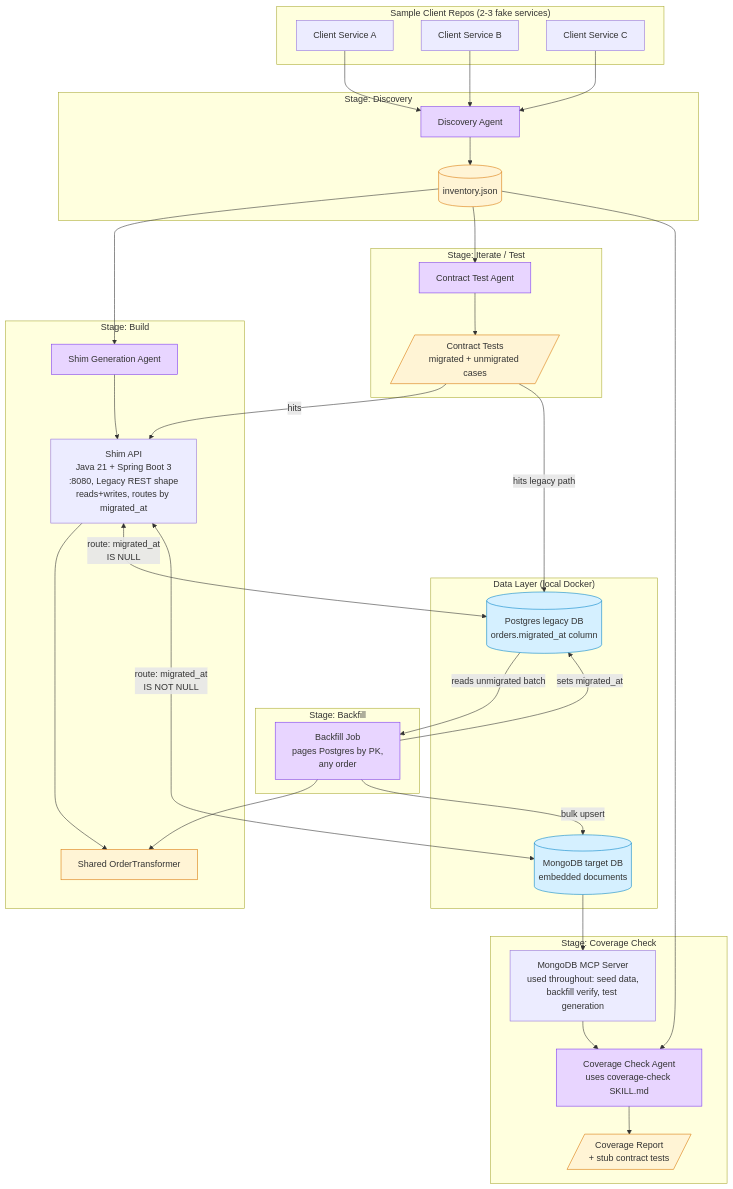
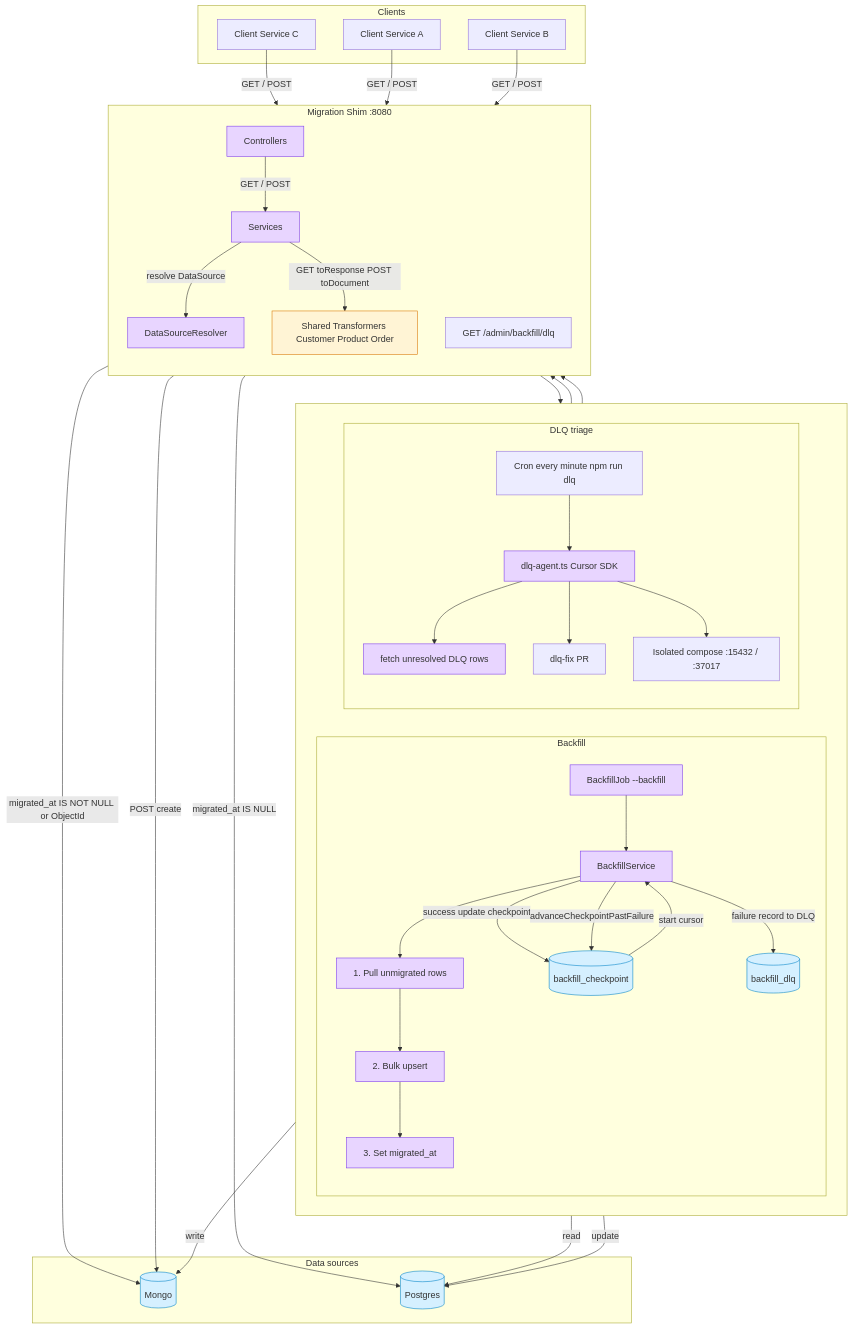
Before and after one commit to aadeola/m2m: the diagram in architecture-diagram.mermaid, drawn with Mermaid. The commit also changed 8 other files, not shown here.

Commit message:
fixed bugs on checkpoint, dlq and logging

```diff
--- a/architecture-diagram.mermaid
+++ b/architecture-diagram.mermaid
@@ -1,70 +1,82 @@
-flowchart TD
-    subgraph Clients["Sample Client Repos (2-3 fake services)"]
+flowchart TB
+    subgraph Clients["Clients"]
+        C3[Client Service C]
         C1[Client Service A]
         C2[Client Service B]
-        C3[Client Service C]
     end
 
-    subgraph Discovery["Stage: Discovery"]
-        DA[Discovery Agent]
-        INV[(inventory.json)]
+    subgraph OpsRow[" "]
+        direction LR
+
+        subgraph Backfill["Backfill"]
+            direction TB
+            BFJ["BackfillJob --backfill"]
+            BFS[BackfillService]
+            pull["1. Pull unmigrated rows"]
+            upsert["2. Bulk upsert"]
+            stamp["3. Set migrated_at"]
+            CKPT[("backfill_checkpoint")]
+            DLQ[(backfill_dlq)]
+            BFJ --> BFS
+            BFS --> pull
+            pull --> upsert
+            upsert --> stamp
+            BFS -->|"success update checkpoint"| CKPT
+            BFS -->|"advanceCheckpointPastFailure"| CKPT
+            BFS -->|"failure record to DLQ"| DLQ
+        end
+
+        subgraph DlqTriage["DLQ triage"]
+            direction TB
+            CRON["Cron every minute npm run dlq"]
+            DLQAGENT["dlq-agent.ts Cursor SDK"]
+            FETCH["fetch unresolved DLQ rows"]
+            PR["dlq-fix PR"]
+            ISOLATE["Isolated compose :15432 / :37017"]
+            CRON --> DLQAGENT
+            DLQAGENT --> FETCH
+            DLQAGENT --> PR
+            DLQAGENT --> ISOLATE
+        end
     end
 
-    subgraph Build["Stage: Build"]
-        SGA[Shim Generation Agent]
-        SHIM[Shim API<br/>Java 21 + Spring Boot 3<br/>:8080, Legacy REST shape<br/>reads+writes, routes by migrated_at]
-        XFORM[Shared OrderTransformer]
+    subgraph Shim["Migration Shim :8080"]
+        direction TB
+        CTRL[Controllers]
+        DLQAPI["GET /admin/backfill/dlq"]
+        SVC[Services]
+        XFORM["Shared Transformers Customer Product Order"]
+        RESOLVER[DataSourceResolver]
+        CTRL -->|"GET / POST"| SVC
+        SVC -->|"resolve DataSource"| RESOLVER
+        SVC -->|"GET toResponse POST toDocument"| XFORM
     end
 
-    subgraph Migrate["Stage: Backfill"]
-        BFJ[Backfill Job<br/>pages Postgres by PK,<br/>any order]
+    subgraph DataSources["Data sources"]
+        MONGO[(Mongo)]
+        PG[(Postgres)]
     end
 
-    subgraph Data["Data Layer (local Docker)"]
-        PG[(Postgres legacy DB<br/>orders.migrated_at column)]
-        MONGO[(MongoDB target DB<br/>embedded documents)]
-    end
+    C3 -->|"GET / POST"| CTRL
+    C1 -->|"GET / POST"| CTRL
+    C2 -->|"GET / POST"| CTRL
 
-    subgraph Verify["Stage: Iterate / Test"]
-        CTA[Contract Test Agent]
-        TESTS[/Contract Tests<br/>migrated + unmigrated cases/]
-    end
+    RESOLVER -->|"migrated_at IS NULL"| PG
+    RESOLVER -->|"migrated_at IS NOT NULL or ObjectId"| MONGO
+    SVC -->|"POST create"| MONGO
 
-    subgraph Observe["Stage: Coverage Check"]
-        MCP[MongoDB MCP Server<br/>used throughout: seed data,<br/>backfill verify, test generation]
-        DDA[Coverage Check Agent<br/>uses coverage-check SKILL.md]
-        REPORT[/Coverage Report<br/>+ stub contract tests/]
-    end
+    pull -->|"read"| PG
+    upsert -->|"write"| MONGO
+    stamp -->|"update"| PG
+    CKPT -->|"start cursor"| BFS
+    BFS --> XFORM
+    DLQAPI --> DLQ
+    FETCH --> DLQAPI
 
-    C1 --> DA
-    C2 --> DA
-    C3 --> DA
-    DA --> INV
-    INV --> SGA
-    SGA --> SHIM
-    SHIM --> XFORM
-    BFJ --> XFORM
-
-    SHIM <-->|route: migrated_at<br/>IS NULL| PG
-    SHIM <-->|route: migrated_at<br/>IS NOT NULL| MONGO
-    PG -->|reads unmigrated batch| BFJ
-    BFJ -->|bulk upsert| MONGO
-    BFJ -->|sets migrated_at| PG
-
-    INV --> CTA
-    CTA --> TESTS
-    TESTS -->|hits| SHIM
-    TESTS -->|hits legacy path| PG
-
-    MONGO --> MCP
-    MCP --> DDA
-    INV --> DDA
-    DDA --> REPORT
-
-    classDef agent fill:#e8d5ff,stroke:#7c3aed,stroke-width:1px
+    classDef runtime fill:#e8d5ff,stroke:#7c3aed,stroke-width:1px
     classDef db fill:#d5f0ff,stroke:#0284c7,stroke-width:1px
     classDef artifact fill:#fff4d5,stroke:#d97706,stroke-width:1px
 
-    class DA,SGA,CTA,DDA,BFJ agent
-    class PG,MONGO db
-    class INV,TESTS,REPORT,XFORM artifact
+    class CTRL,SVC,RESOLVER,BFJ,BFS,DLQAGENT,FETCH,pull,upsert,stamp runtime
+    class PG,MONGO,CKPT,DLQ db
+    class XFORM artifact
```
